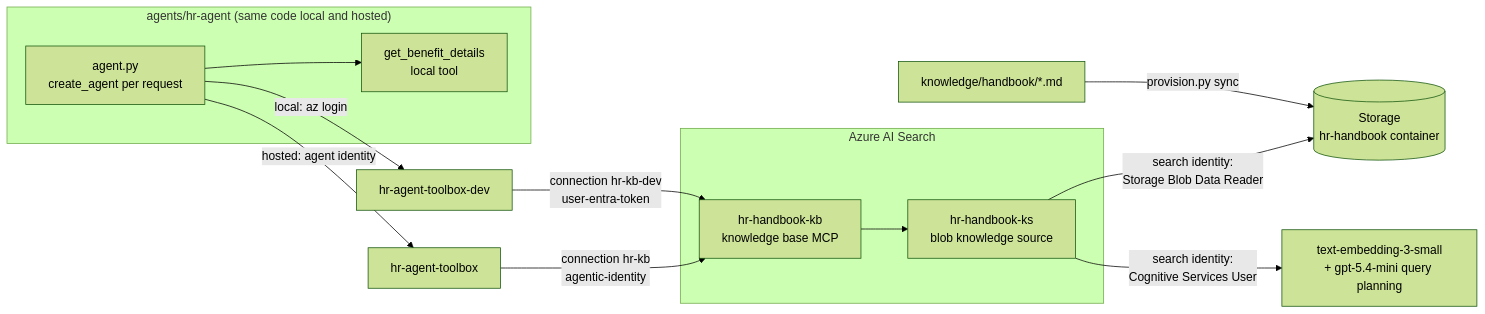
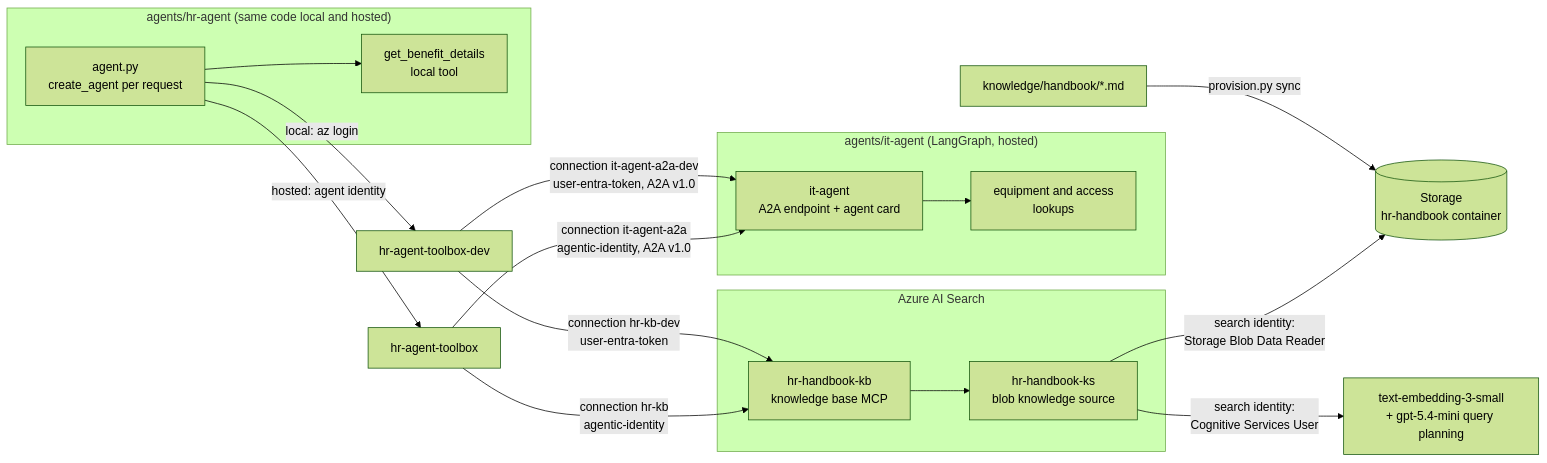
Before and after one commit to ccarballolozano/foundry-agents: the second of 2 diagrams in README.md, drawn with Mermaid (forest theme). The commit also changed other lines of this file and 18 other files, not shown here.

First line of the commit message:
feat(): Add LangGraph it-agent and call it from hr-agent over A2A (#3)

````diff
--- a/README.md
+++ b/README.md
@@ -639,20 +669,26 @@
 ```mermaid
 graph LR
     subgraph "agents/hr-agent (same code local and hosted)"
         A[agent.py<br/>create_agent per request]
         T[get_benefit_details<br/>local tool]
         A --> T
     end
 
     A -- "hosted: agent identity" --> TB[hr-agent-toolbox]
     A -- "local: az login" --> TBD[hr-agent-toolbox-dev]
     TB -- "connection hr-kb<br/>agentic-identity" --> KB
     TBD -- "connection hr-kb-dev<br/>user-entra-token" --> KB
+    TB -- "connection it-agent-a2a<br/>agentic-identity, A2A v1.0" --> IT
+    TBD -- "connection it-agent-a2a-dev<br/>user-entra-token, A2A v1.0" --> IT
+
+    subgraph "agents/it-agent (LangGraph, hosted)"
+        IT[it-agent<br/>A2A endpoint + agent card] --> ITT[equipment and access<br/>lookups]
+    end
 
     subgraph "Azure AI Search"
         KB[hr-handbook-kb<br/>knowledge base MCP] --> KS[hr-handbook-ks<br/>blob knowledge source]
     end
     KS -- "search identity:<br/>Storage Blob Data Reader" --> BLOB[(Storage<br/>hr-handbook container)]
     KS -- "search identity:<br/>Cognitive Services User" --> EMB[text-embedding-3-small<br/>+ gpt-5.4-mini query planning]
     REPO[knowledge/handbook/*.md] -- "provision.py sync" --> BLOB
 ```
````
